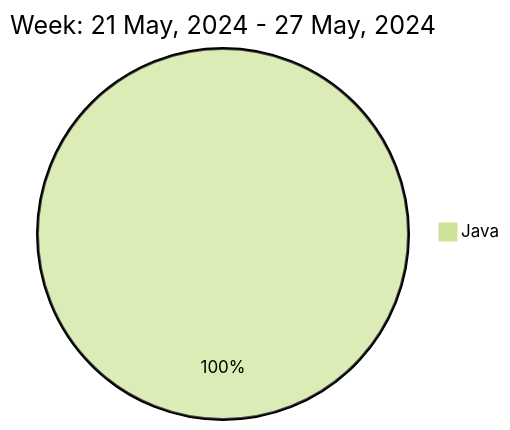
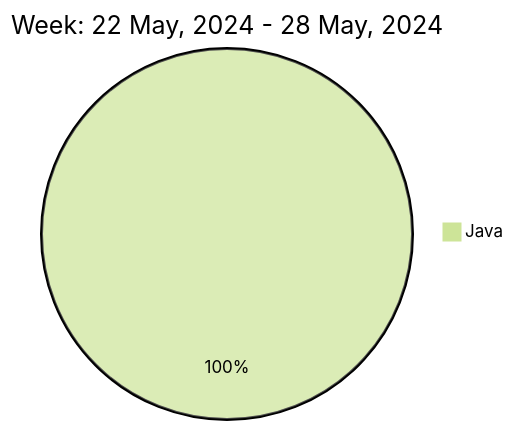
One commit to liubin95/liubin95 changed the diagram in README.md. Above: the diagram before and after it, drawn with Mermaid (forest theme).

Commit message:
Updated the Graph with new Metrics

````diff
--- a/README.md
+++ b/README.md
@@ -37,5 +37,5 @@
 ```mermaid
  pie
-title Week: 21 May, 2024 - 27 May, 2024
+title Week: 22 May, 2024 - 28 May, 2024
  "Java" : 2.07
 ```
````
